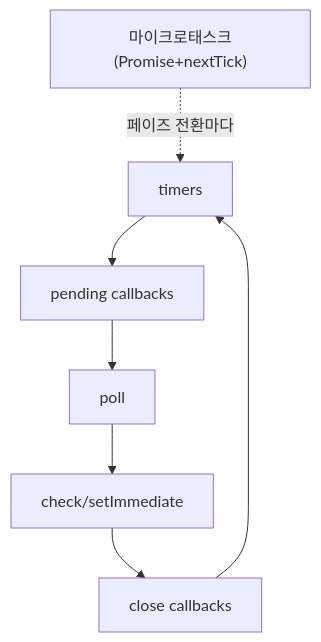
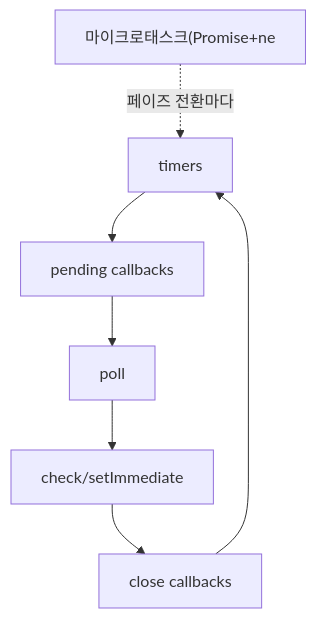
Diagram 12 of 13 in _posts/frontend/2026-05-02-js-event-loop.md (yjkim2015/yjkim2015.github.io), drawn with Mermaid before and after one commit. The commit also changed other lines of this file and 271 other files, not shown here.

First line of the commit message:
Mermaid 라벨 축소: 긴 노드 텍스트 18자 이하로 트림 + \n 제거

````diff
--- a/_posts/frontend/2026-05-02-js-event-loop.md
+++ b/_posts/frontend/2026-05-02-js-event-loop.md
@@ -461,5 +461,5 @@
 ```mermaid
 flowchart TD
     A["timers"] --> B["pending callbacks"] --> C["poll"] --> D["check/setImmediate"] --> E["close callbacks"] --> A
-    MQ["마이크로태스크(Promise+nextTick)"] -.->|"페이즈 전환마다"| A
+    MQ["마이크로태스크(Promise+ne"] -.->|"페이즈 전환마다"| A
 ```
````
